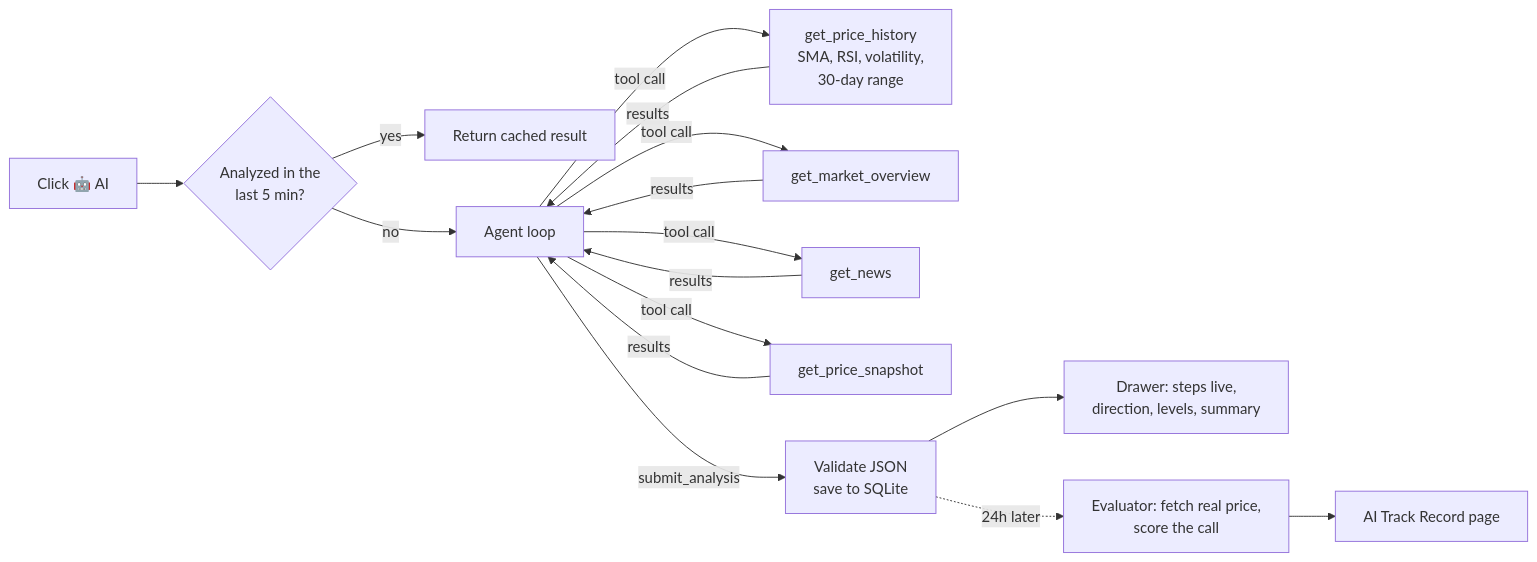
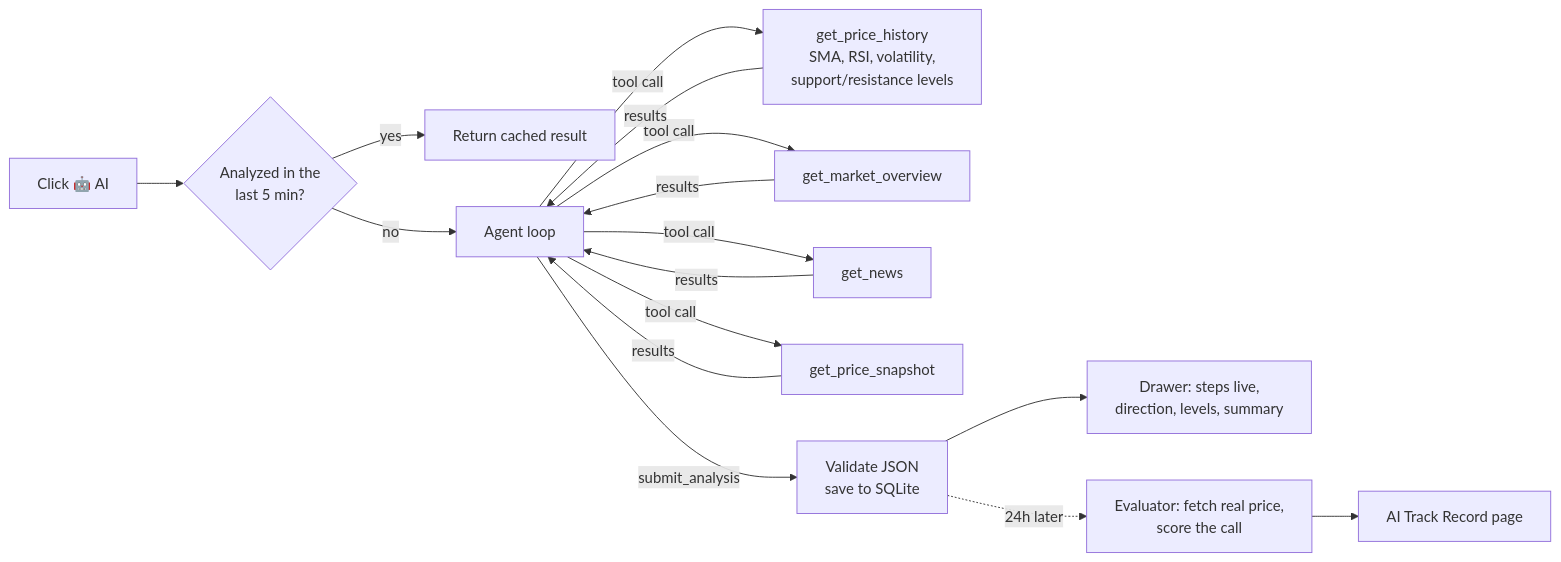
One commit to wangningran/go-crypto changed the diagram in README.md. Above: the diagram before and after it, drawn with Mermaid. The commit also changed other lines of this file and 5 other files, not shown here.

````diff
--- a/README.md
+++ b/README.md
@@ -33,15 +33,15 @@
 ```mermaid
 flowchart LR
     U[Click 🤖 AI] --> C{Analyzed in the<br/>last 5 min?}
     C -- yes --> R[Return cached result]
     C -- no --> L[Agent loop]
-    L -->|tool call| T1[get_price_history<br/>SMA, RSI, volatility,<br/>30-day range]
+    L -->|tool call| T1[get_price_history<br/>SMA, RSI, volatility,<br/>support/resistance levels]
     L -->|tool call| T2[get_market_overview]
     L -->|tool call| T3[get_news]
     L -->|tool call| T4[get_price_snapshot]
     T1 & T2 & T3 & T4 -->|results| L
     L -->|submit_analysis| V[Validate JSON<br/>save to SQLite]
     V --> UI[Drawer: steps live,<br/>direction, levels, summary]
     V -.24h later.-> E[Evaluator: fetch real price,<br/>score the call]
     E --> TR[AI Track Record page]
 ```
````
